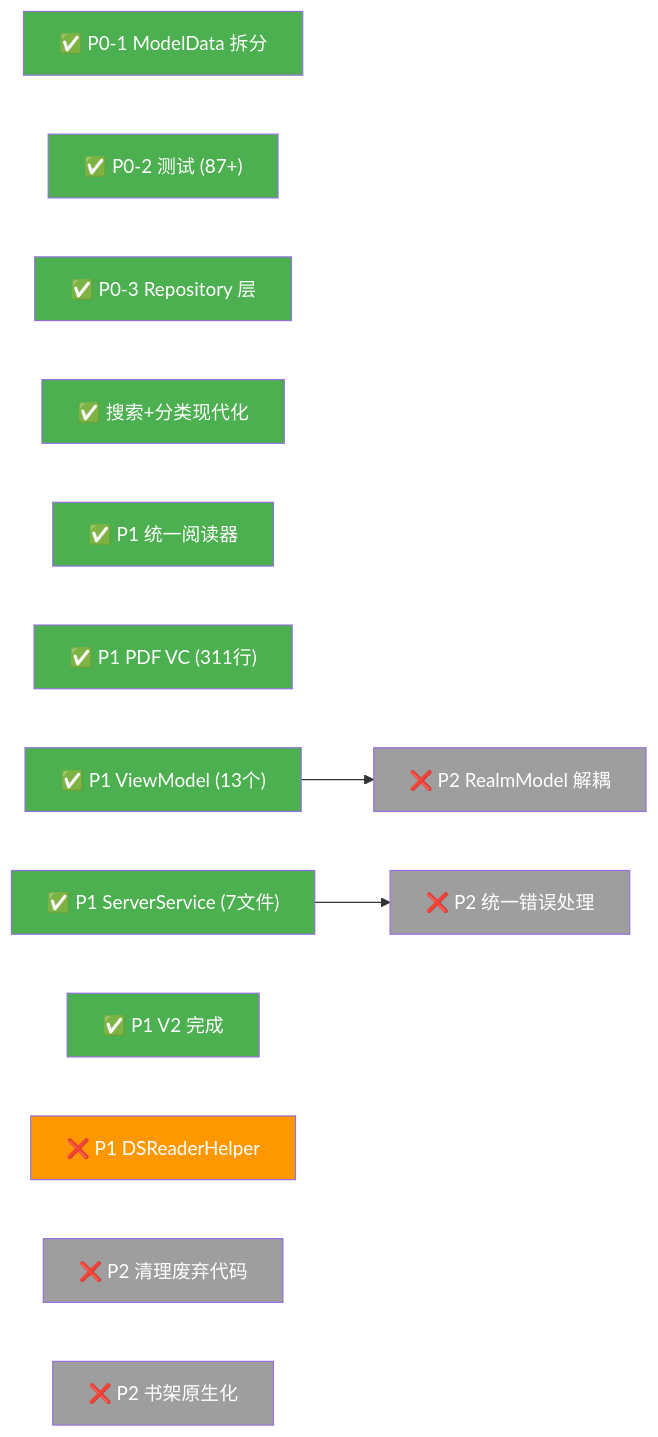
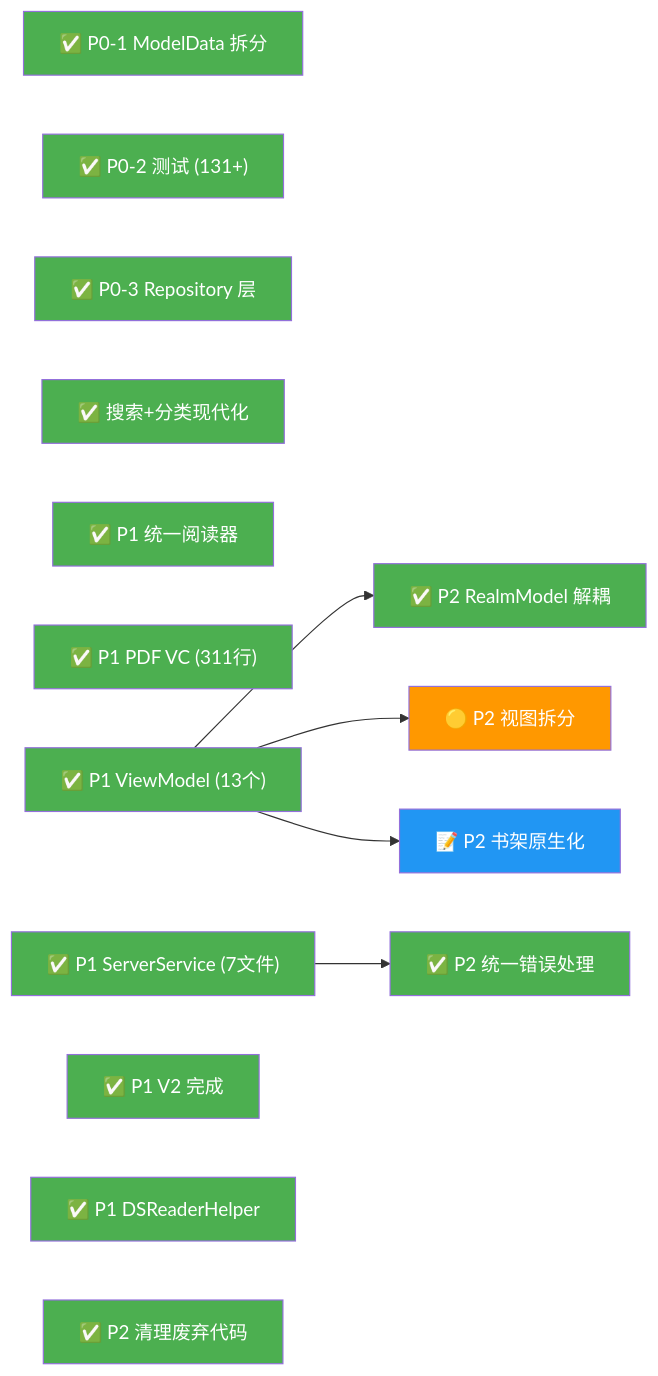
Before and after one commit to drearycold/YetAnotherEBookReader: the third of 3 diagrams in .agents/plans/REFACTOR_PLAN.claude.progress.md, drawn with Mermaid. The commit also changed other lines of this file and 3 other files, not shown here.

````diff
--- a/.agents/plans/REFACTOR_PLAN.claude.progress.md
+++ b/.agents/plans/REFACTOR_PLAN.claude.progress.md
@@ -299,37 +299,41 @@
 ```mermaid
 graph LR
     P0_ModelData["✅ P0-1 ModelData 拆分"]
-    P0_Test["✅ P0-2 测试 (87+)"]
+    P0_Test["✅ P0-2 测试 (131+)"]
     P0_Repo["✅ P0-3 Repository 层"]
     P0_Search["✅ 搜索+分类现代化"]
     
     P1_Reader["✅ P1 统一阅读器"]
     P1_PDF["✅ P1 PDF VC (311行)"]
     P1_VM["✅ P1 ViewModel (13个)"]
     P1_Network["✅ P1 ServerService (7文件)"]
     P1_V2["✅ P1 V2 完成"]
-    P1_DSReader["❌ P1 DSReaderHelper"]
+    P1_DSReader["✅ P1 DSReaderHelper"]
     
-    P2_Clean["❌ P2 清理废弃代码"]
-    P2_Realm["❌ P2 RealmModel 解耦"]
-    P2_Shelf["❌ P2 书架原生化"]
-    P2_Error["❌ P2 统一错误处理"]
+    P2_Clean["✅ P2 清理废弃代码"]
+    P2_Realm["✅ P2 RealmModel 解耦"]
+    P2_View["🟡 P2 视图拆分"]
+    P2_Shelf["📝 P2 书架原生化"]
+    P2_Error["✅ P2 统一错误处理"]
 
     P1_Network --> P2_Error
     P1_VM --> P2_Realm
+    P1_VM --> P2_View
+    P1_VM --> P2_Shelf
     
     style P0_ModelData fill:#4CAF50,color:#fff
     style P0_Test fill:#4CAF50,color:#fff
     style P0_Repo fill:#4CAF50,color:#fff
     style P0_Search fill:#4CAF50,color:#fff
     style P1_Reader fill:#4CAF50,color:#fff
     style P1_PDF fill:#4CAF50,color:#fff
     style P1_VM fill:#4CAF50,color:#fff
     style P1_Network fill:#4CAF50,color:#fff
     style P1_V2 fill:#4CAF50,color:#fff
-    style P1_DSReader fill:#FF9800,color:#fff
-    style P2_Clean fill:#9E9E9E,color:#fff
-    style P2_Realm fill:#9E9E9E,color:#fff
-    style P2_Shelf fill:#9E9E9E,color:#fff
-    style P2_Error fill:#9E9E9E,color:#fff
+    style P1_DSReader fill:#4CAF50,color:#fff
+    style P2_Clean fill:#4CAF50,color:#fff
+    style P2_Realm fill:#4CAF50,color:#fff
+    style P2_View fill:#FF9800,color:#fff
+    style P2_Shelf fill:#2196F3,color:#fff
+    style P2_Error fill:#4CAF50,color:#fff
 ```
````
